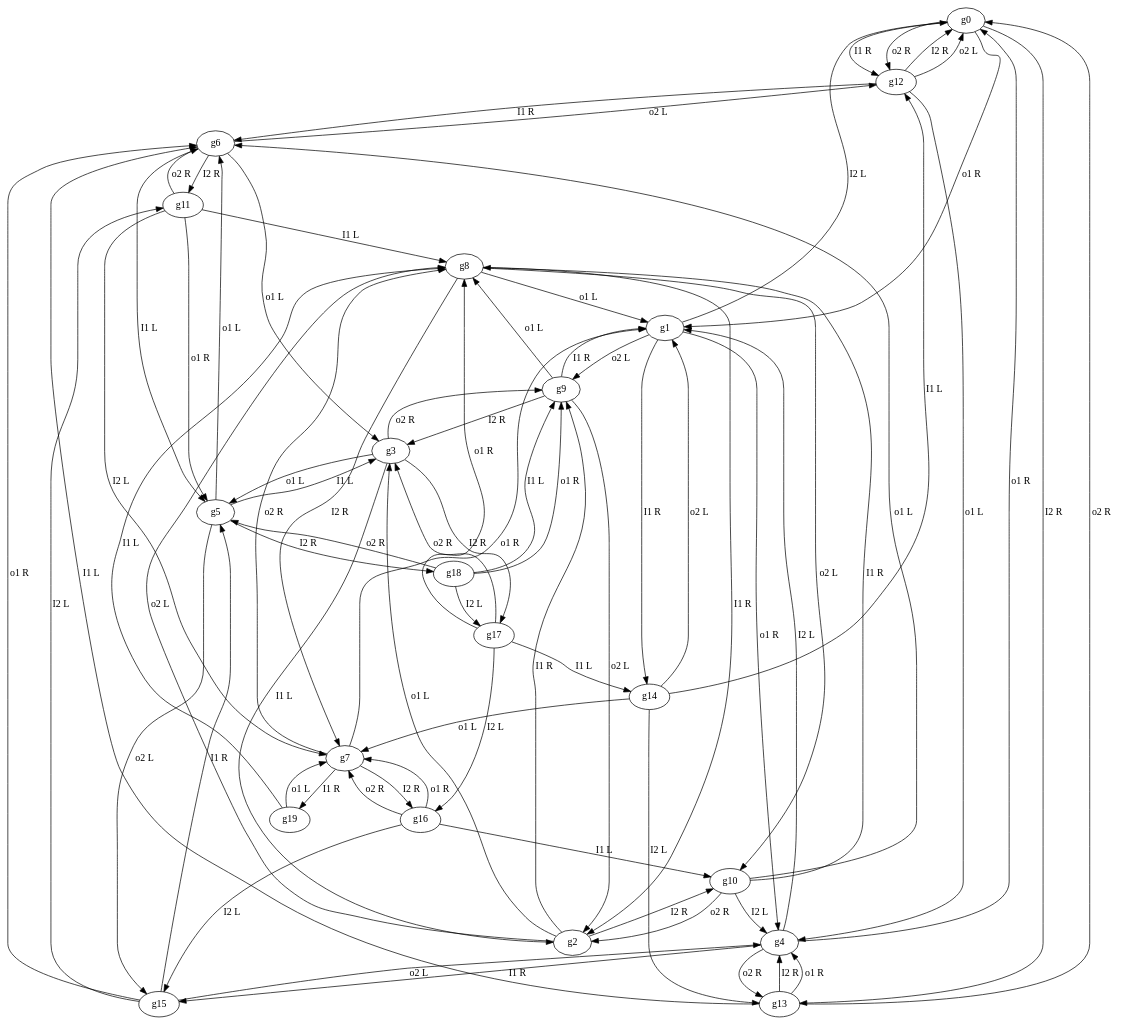
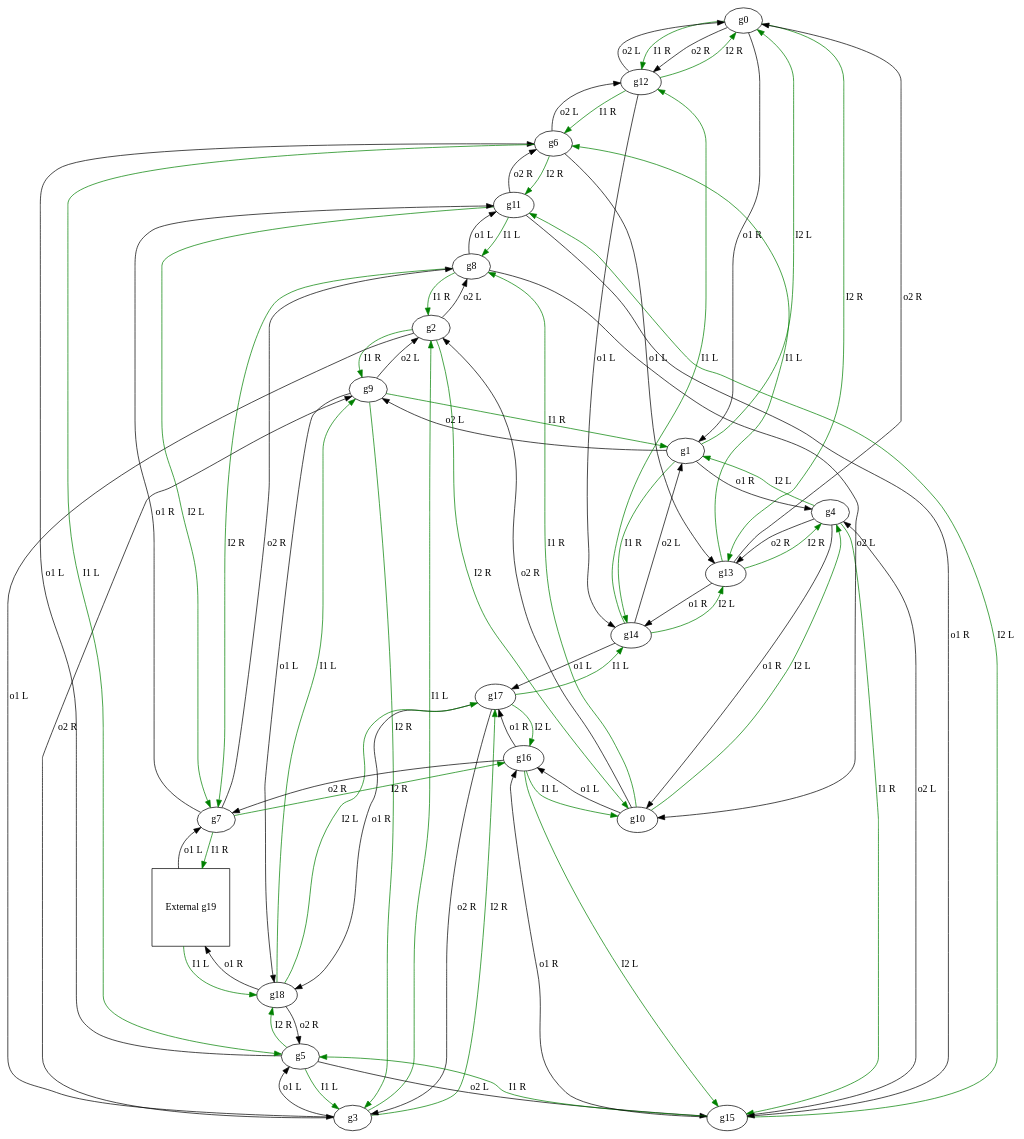
The diagram in circuts/tt.dot (canivsar/MoonBaseAlpha), drawn with Graphviz before and after one commit. The commit also changed 3 other files, not shown here.

```diff
--- a/circuts/tt.dot
+++ b/circuts/tt.dot
@@ -1,120 +1,121 @@
 digraph G {
 #        12R13R0#1R12R ('12', 'R', '13', 'R', '1', 'R', '12', 'R')
 #          14R0L0#4R9L ('14', 'R', '0', 'L', '4', 'R', '9', 'L')
 #          9R10R0#3L8L ('9', 'R', '10', 'R', '3', 'L', '8', 'L')
 #          2L17R0#5L9R ('2', 'L', '17', 'R', '5', 'L', '9', 'R')
-#        15R1L0#10R13R ('15', 'R', '1', 'L', '0', 'R', '13', 'R')
+#        15R1L0#10R13R ('15', 'R', '1', 'L', '10', 'R', '13', 'R')
 #         3L18R0#6L15L ('3', 'L', '18', 'R', '6', 'L', '15', 'L')
-#        5L11R0#13L12L ('5', 'L', '11', 'R', '3', 'L', '12', 'L')
-#        19R16R0#11R8R ('19', 'R', '16', 'R', '1', 'R', '8', 'R')
-#         2R7R0#11L10L ('2', 'R', '7', 'R', '1', 'L', '10', 'L')
-#          1R3R0#18L2L ('1', 'R', '3', 'R', '8', 'L', '2', 'L')
-#          8R4L0#16L2R ('8', 'R', '4', 'L', '6', 'L', '2', 'R')
-#          8L7L0#15R6R ('8', 'L', '7', 'L', '5', 'R', '6', 'R')
-#          6R0R0#14L0L ('6', 'R', '0', 'R', '4', 'L', '0', 'L')
-#          6L4R0#14R0R ('6', 'L', '4', 'R', '4', 'R', '0', 'R')
-#        12L13L0#17L1L ('12', 'L', '13', 'L', '7', 'L', '1', 'L')
-#         5R11L0#16R4L ('5', 'R', '11', 'L', '6', 'R', '4', 'L')
-#        10L15L0#17R7R ('10', 'L', '15', 'L', '7', 'R', '7', 'R')
-#        14L16L0#18R3R ('14', 'L', '16', 'L', '8', 'R', '3', 'R')
-#         9L17L0#19R5R ('9', 'L', '17', 'L', '9', 'R', '5', 'R')
-#            X18L0#X7L ('8', 'L', '7', 'L')
+#        5L11R0#13L12L ('5', 'L', '11', 'R', '13', 'L', '12', 'L')
+#        19R16R0#11R8R ('19', 'R', '16', 'R', '11', 'R', '8', 'R')
+#         2R7R0#11L10L ('2', 'R', '7', 'R', '11', 'L', '10', 'L')
+#          1R3R0#18L2L ('1', 'R', '3', 'R', '18', 'L', '2', 'L')
+#          8R4L0#16L2R ('8', 'R', '4', 'L', '16', 'L', '2', 'R')
+#          8L7L0#15R6R ('8', 'L', '7', 'L', '15', 'R', '6', 'R')
+#          6R0R0#14L0L ('6', 'R', '0', 'R', '14', 'L', '0', 'L')
+#          6L4R0#14R0R ('6', 'L', '4', 'R', '14', 'R', '0', 'R')
+#        12L13L0#17L1L ('12', 'L', '13', 'L', '17', 'L', '1', 'L')
+#         5R11L0#16R4L ('5', 'R', '11', 'L', '16', 'R', '4', 'L')
+#        10L15L0#17R7R ('10', 'L', '15', 'L', '17', 'R', '7', 'R')
+#        14L16L0#18R3R ('14', 'L', '16', 'L', '18', 'R', '3', 'R')
+#         9L17L0#19R5R ('9', 'L', '17', 'L', '19', 'R', '5', 'R')
+#            X18L0#X7L ('18', 'L', '7', 'L')
 # 12R13R0#1R12R ('12', 'R', '13', 'R', '1', 'R', '12', 'R')
-g0 -> g12 [label="I1 R"];
-g0 -> g13 [label="I2 R"];
+g0 -> g12 [label="I1 R", color=green];
+g0 -> g13 [label="I2 R", color=green];
 g0 -> g1 [label="o1 R"];
 g0 -> g12 [label="o2 R"];
 # 14R0L0#4R9L ('14', 'R', '0', 'L', '4', 'R', '9', 'L')
-g1 -> g14 [label="I1 R"];
-g1 -> g0 [label="I2 L"];
+g1 -> g14 [label="I1 R", color=green];
+g1 -> g0 [label="I2 L", color=green];
 g1 -> g4 [label="o1 R"];
 g1 -> g9 [label="o2 L"];
 # 9R10R0#3L8L ('9', 'R', '10', 'R', '3', 'L', '8', 'L')
-g2 -> g9 [label="I1 R"];
-g2 -> g10 [label="I2 R"];
+g2 -> g9 [label="I1 R", color=green];
+g2 -> g10 [label="I2 R", color=green];
 g2 -> g3 [label="o1 L"];
 g2 -> g8 [label="o2 L"];
 # 2L17R0#5L9R ('2', 'L', '17', 'R', '5', 'L', '9', 'R')
-g3 -> g2 [label="I1 L"];
-g3 -> g17 [label="I2 R"];
+g3 -> g2 [label="I1 L", color=green];
+g3 -> g17 [label="I2 R", color=green];
 g3 -> g5 [label="o1 L"];
 g3 -> g9 [label="o2 R"];
-# 15R1L0#10R13R ('15', 'R', '1', 'L', '0', 'R', '13', 'R')
-g4 -> g15 [label="I1 R"];
-g4 -> g1 [label="I2 L"];
-g4 -> g0 [label="o1 R"];
+# 15R1L0#10R13R ('15', 'R', '1', 'L', '10', 'R', '13', 'R')
+g4 -> g15 [label="I1 R", color=green];
+g4 -> g1 [label="I2 L", color=green];
+g4 -> g10 [label="o1 R"];
 g4 -> g13 [label="o2 R"];
 # 3L18R0#6L15L ('3', 'L', '18', 'R', '6', 'L', '15', 'L')
-g5 -> g3 [label="I1 L"];
-g5 -> g18 [label="I2 R"];
+g5 -> g3 [label="I1 L", color=green];
+g5 -> g18 [label="I2 R", color=green];
 g5 -> g6 [label="o1 L"];
 g5 -> g15 [label="o2 L"];
-# 5L11R0#13L12L ('5', 'L', '11', 'R', '3', 'L', '12', 'L')
-g6 -> g5 [label="I1 L"];
-g6 -> g11 [label="I2 R"];
-g6 -> g3 [label="o1 L"];
+# 5L11R0#13L12L ('5', 'L', '11', 'R', '13', 'L', '12', 'L')
+g6 -> g5 [label="I1 L", color=green];
+g6 -> g11 [label="I2 R", color=green];
+g6 -> g13 [label="o1 L"];
 g6 -> g12 [label="o2 L"];
-# 19R16R0#11R8R ('19', 'R', '16', 'R', '1', 'R', '8', 'R')
-g7 -> g19 [label="I1 R"];
-g7 -> g16 [label="I2 R"];
-g7 -> g1 [label="o1 R"];
+# 19R16R0#11R8R ('19', 'R', '16', 'R', '11', 'R', '8', 'R')
+g7 -> g19 [label="I1 R", color=green];
+g7 -> g16 [label="I2 R", color=green];
+g7 -> g11 [label="o1 R"];
 g7 -> g8 [label="o2 R"];
-# 2R7R0#11L10L ('2', 'R', '7', 'R', '1', 'L', '10', 'L')
-g8 -> g2 [label="I1 R"];
-g8 -> g7 [label="I2 R"];
-g8 -> g1 [label="o1 L"];
+# 2R7R0#11L10L ('2', 'R', '7', 'R', '11', 'L', '10', 'L')
+g8 -> g2 [label="I1 R", color=green];
+g8 -> g7 [label="I2 R", color=green];
+g8 -> g11 [label="o1 L"];
 g8 -> g10 [label="o2 L"];
-# 1R3R0#18L2L ('1', 'R', '3', 'R', '8', 'L', '2', 'L')
-g9 -> g1 [label="I1 R"];
-g9 -> g3 [label="I2 R"];
-g9 -> g8 [label="o1 L"];
+# 1R3R0#18L2L ('1', 'R', '3', 'R', '18', 'L', '2', 'L')
+g9 -> g1 [label="I1 R", color=green];
+g9 -> g3 [label="I2 R", color=green];
+g9 -> g18 [label="o1 L"];
 g9 -> g2 [label="o2 L"];
-# 8R4L0#16L2R ('8', 'R', '4', 'L', '6', 'L', '2', 'R')
-g10 -> g8 [label="I1 R"];
-g10 -> g4 [label="I2 L"];
-g10 -> g6 [label="o1 L"];
+# 8R4L0#16L2R ('8', 'R', '4', 'L', '16', 'L', '2', 'R')
+g10 -> g8 [label="I1 R", color=green];
+g10 -> g4 [label="I2 L", color=green];
+g10 -> g16 [label="o1 L"];
 g10 -> g2 [label="o2 R"];
-# 8L7L0#15R6R ('8', 'L', '7', 'L', '5', 'R', '6', 'R')
-g11 -> g8 [label="I1 L"];
-g11 -> g7 [label="I2 L"];
-g11 -> g5 [label="o1 R"];
+# 8L7L0#15R6R ('8', 'L', '7', 'L', '15', 'R', '6', 'R')
+g11 -> g8 [label="I1 L", color=green];
+g11 -> g7 [label="I2 L", color=green];
+g11 -> g15 [label="o1 R"];
 g11 -> g6 [label="o2 R"];
-# 6R0R0#14L0L ('6', 'R', '0', 'R', '4', 'L', '0', 'L')
-g12 -> g6 [label="I1 R"];
-g12 -> g0 [label="I2 R"];
-g12 -> g4 [label="o1 L"];
+# 6R0R0#14L0L ('6', 'R', '0', 'R', '14', 'L', '0', 'L')
+g12 -> g6 [label="I1 R", color=green];
+g12 -> g0 [label="I2 R", color=green];
+g12 -> g14 [label="o1 L"];
 g12 -> g0 [label="o2 L"];
-# 6L4R0#14R0R ('6', 'L', '4', 'R', '4', 'R', '0', 'R')
-g13 -> g6 [label="I1 L"];
-g13 -> g4 [label="I2 R"];
-g13 -> g4 [label="o1 R"];
+# 6L4R0#14R0R ('6', 'L', '4', 'R', '14', 'R', '0', 'R')
+g13 -> g6 [label="I1 L", color=green];
+g13 -> g4 [label="I2 R", color=green];
+g13 -> g14 [label="o1 R"];
 g13 -> g0 [label="o2 R"];
-# 12L13L0#17L1L ('12', 'L', '13', 'L', '7', 'L', '1', 'L')
-g14 -> g12 [label="I1 L"];
-g14 -> g13 [label="I2 L"];
-g14 -> g7 [label="o1 L"];
+# 12L13L0#17L1L ('12', 'L', '13', 'L', '17', 'L', '1', 'L')
+g14 -> g12 [label="I1 L", color=green];
+g14 -> g13 [label="I2 L", color=green];
+g14 -> g17 [label="o1 L"];
 g14 -> g1 [label="o2 L"];
-# 5R11L0#16R4L ('5', 'R', '11', 'L', '6', 'R', '4', 'L')
-g15 -> g5 [label="I1 R"];
-g15 -> g11 [label="I2 L"];
-g15 -> g6 [label="o1 R"];
+# 5R11L0#16R4L ('5', 'R', '11', 'L', '16', 'R', '4', 'L')
+g15 -> g5 [label="I1 R", color=green];
+g15 -> g11 [label="I2 L", color=green];
+g15 -> g16 [label="o1 R"];
 g15 -> g4 [label="o2 L"];
-# 10L15L0#17R7R ('10', 'L', '15', 'L', '7', 'R', '7', 'R')
-g16 -> g10 [label="I1 L"];
-g16 -> g15 [label="I2 L"];
-g16 -> g7 [label="o1 R"];
+# 10L15L0#17R7R ('10', 'L', '15', 'L', '17', 'R', '7', 'R')
+g16 -> g10 [label="I1 L", color=green];
+g16 -> g15 [label="I2 L", color=green];
+g16 -> g17 [label="o1 R"];
 g16 -> g7 [label="o2 R"];
-# 14L16L0#18R3R ('14', 'L', '16', 'L', '8', 'R', '3', 'R')
-g17 -> g14 [label="I1 L"];
-g17 -> g16 [label="I2 L"];
-g17 -> g8 [label="o1 R"];
+# 14L16L0#18R3R ('14', 'L', '16', 'L', '18', 'R', '3', 'R')
+g17 -> g14 [label="I1 L", color=green];
+g17 -> g16 [label="I2 L", color=green];
+g17 -> g18 [label="o1 R"];
 g17 -> g3 [label="o2 R"];
-# 9L17L0#19R5R ('9', 'L', '17', 'L', '9', 'R', '5', 'R')
-g18 -> g9 [label="I1 L"];
-g18 -> g17 [label="I2 L"];
-g18 -> g9 [label="o1 R"];
+# 9L17L0#19R5R ('9', 'L', '17', 'L', '19', 'R', '5', 'R')
+g18 -> g9 [label="I1 L", color=green];
+g18 -> g17 [label="I2 L", color=green];
+g18 -> g19 [label="o1 R"];
 g18 -> g5 [label="o2 R"];
-# External Gate X18L0#X7L ('8', 'L', '7', 'L')
-g19 -> g8 [label="I1 L"];
+# External Gate X18L0#X7L ('18', 'L', '7', 'L')
+g19 [label="External g19", shape=square ];
+g19 -> g18 [label="I1 L", color=green ];
 g19 -> g7 [label="o1 L"];
 }
```
